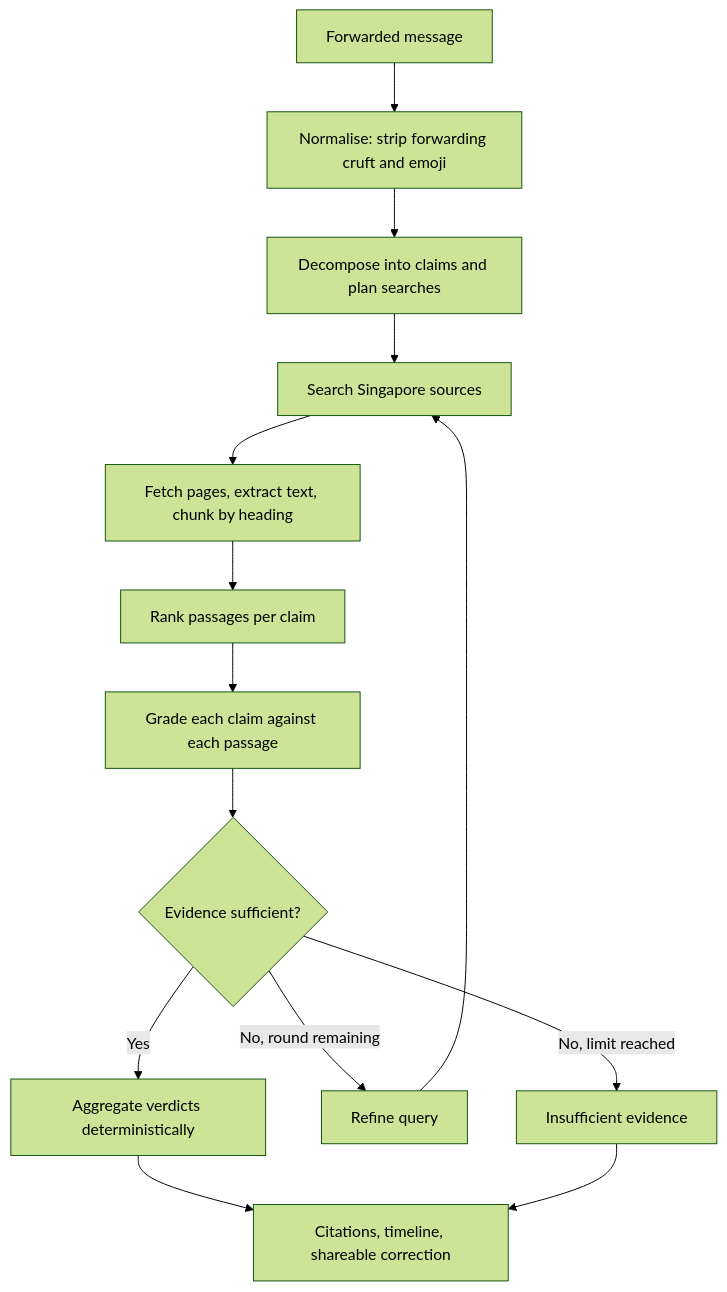
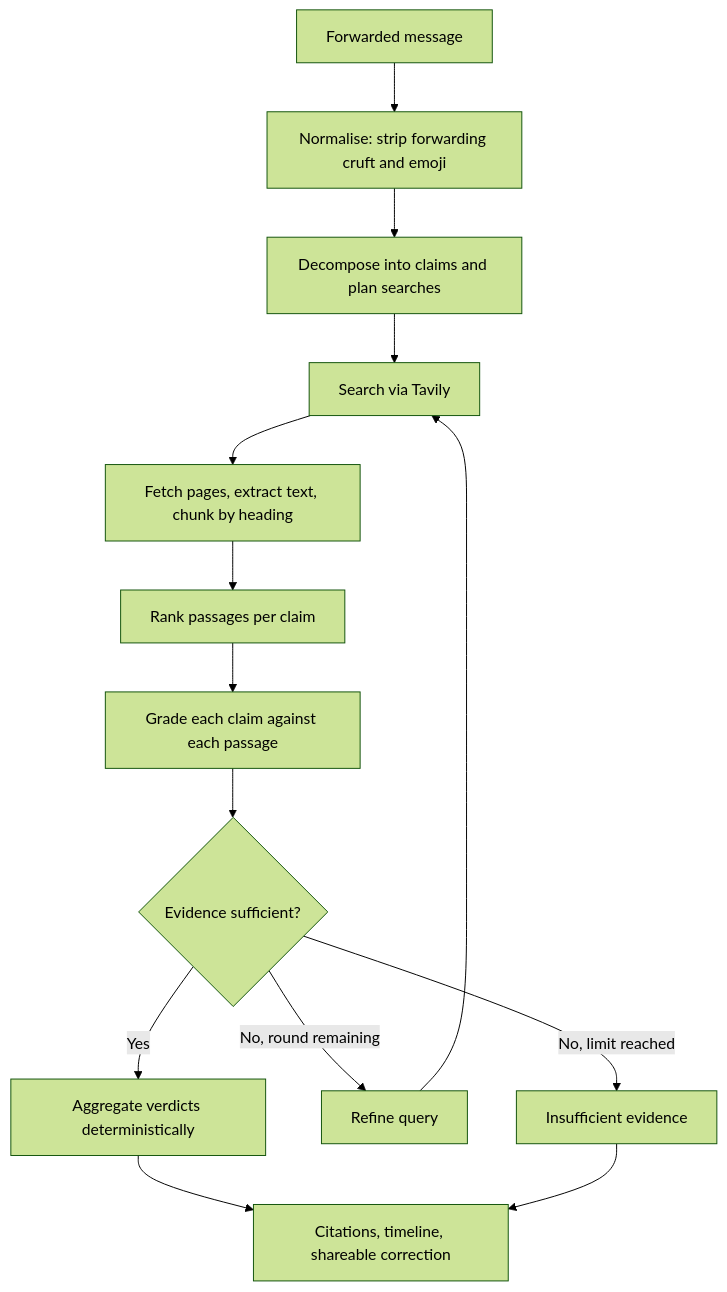
One commit to yijiechong13/forwardcheck changed the diagram in README.md. Above: the diagram before and after it, drawn with Mermaid (forest theme). The commit also changed other lines of this file and 17 other files, not shown here.

````diff
--- a/README.md
+++ b/README.md
@@ -92,16 +71,16 @@
 ```mermaid
 flowchart TD
     A["Forwarded message"] --> B["Normalise: strip forwarding cruft and emoji"]
     B --> C["Decompose into claims and plan searches"]
-    C --> D["Search Singapore sources"]
+    C --> D["Search via Tavily"]
     D --> E["Fetch pages, extract text, chunk by heading"]
     E --> F["Rank passages per claim"]
     F --> G["Grade each claim against each passage"]
     G --> H{"Evidence sufficient?"}
     H -- "Yes" --> I["Aggregate verdicts deterministically"]
     H -- "No, round remaining" --> J["Refine query"]
     J --> D
     H -- "No, limit reached" --> K["Insufficient evidence"]
     I --> L["Citations, timeline, shareable correction"]
     K --> L
 ```
````
